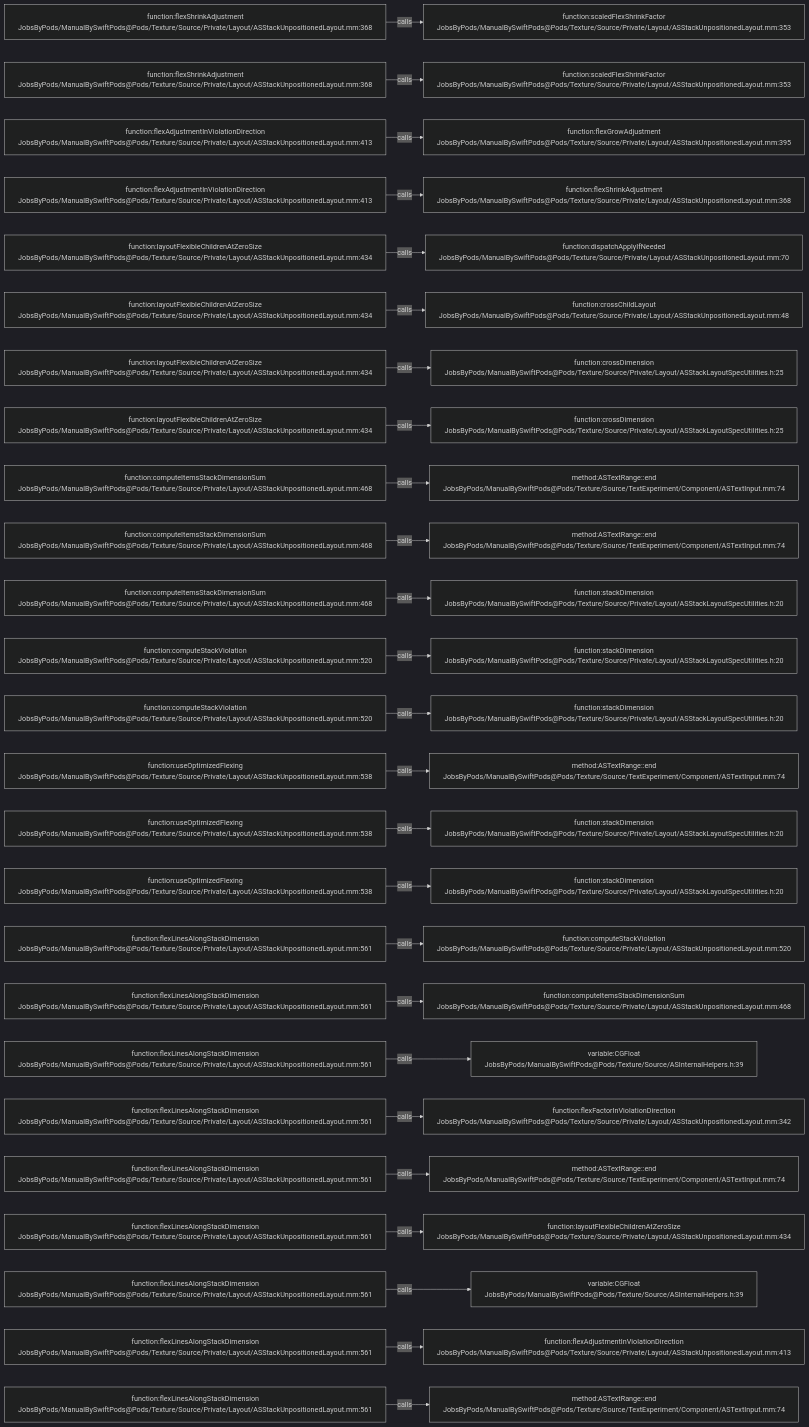
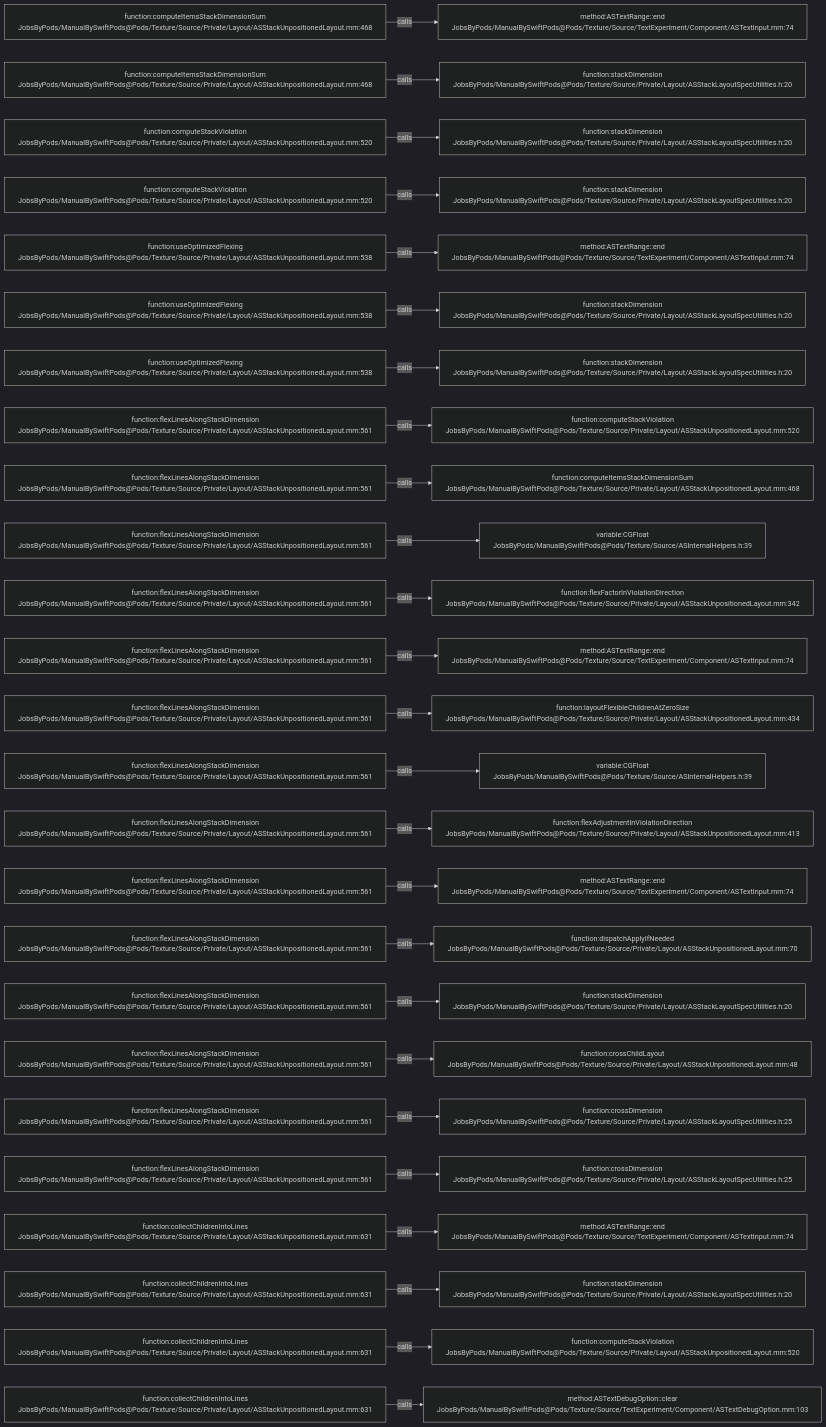
Before and after one commit to JobsKits/JobsSwiftBaseConfigDemo: the diagram in .codegraph/codegraph.md/graphs/calls-126.md, drawn with Mermaid (dark theme). The commit also changed 707 other files, not shown here.

````diff
--- a/.codegraph/codegraph.md/graphs/calls-126.md
+++ b/.codegraph/codegraph.md/graphs/calls-126.md
@@ -13,78 +13,78 @@
 ```mermaid
 flowchart LR
-  S1["function:flexShrinkAdjustment<br/>JobsByPods/ManualBySwiftPods@Pods/Texture/Source/Private/Layout/ASStackUnpositionedLayout.mm:368"]
-  T1["function:scaledFlexShrinkFactor<br/>JobsByPods/ManualBySwiftPods@Pods/Texture/Source/Private/Layout/ASStackUnpositionedLayout.mm:353"]
+  S1["function:computeItemsStackDimensionSum<br/>JobsByPods/ManualBySwiftPods@Pods/Texture/Source/Private/Layout/ASStackUnpositionedLayout.mm:468"]
+  T1["method:ASTextRange::end<br/>JobsByPods/ManualBySwiftPods@Pods/Texture/Source/TextExperiment/Component/ASTextInput.mm:74"]
   S1 -->|calls| T1
-  S2["function:flexShrinkAdjustment<br/>JobsByPods/ManualBySwiftPods@Pods/Texture/Source/Private/Layout/ASStackUnpositionedLayout.mm:368"]
-  T2["function:scaledFlexShrinkFactor<br/>JobsByPods/ManualBySwiftPods@Pods/Texture/Source/Private/Layout/ASStackUnpositionedLayout.mm:353"]
+  S2["function:computeItemsStackDimensionSum<br/>JobsByPods/ManualBySwiftPods@Pods/Texture/Source/Private/Layout/ASStackUnpositionedLayout.mm:468"]
+  T2["function:stackDimension<br/>JobsByPods/ManualBySwiftPods@Pods/Texture/Source/Private/Layout/ASStackLayoutSpecUtilities.h:20"]
   S2 -->|calls| T2
-  S3["function:flexAdjustmentInViolationDirection<br/>JobsByPods/ManualBySwiftPods@Pods/Texture/Source/Private/Layout/ASStackUnpositionedLayout.mm:413"]
-  T3["function:flexGrowAdjustment<br/>JobsByPods/ManualBySwiftPods@Pods/Texture/Source/Private/Layout/ASStackUnpositionedLayout.mm:395"]
+  S3["function:computeStackViolation<br/>JobsByPods/ManualBySwiftPods@Pods/Texture/Source/Private/Layout/ASStackUnpositionedLayout.mm:520"]
+  T3["function:stackDimension<br/>JobsByPods/ManualBySwiftPods@Pods/Texture/Source/Private/Layout/ASStackLayoutSpecUtilities.h:20"]
   S3 -->|calls| T3
-  S4["function:flexAdjustmentInViolationDirection<br/>JobsByPods/ManualBySwiftPods@Pods/Texture/Source/Private/Layout/ASStackUnpositionedLayout.mm:413"]
-  T4["function:flexShrinkAdjustment<br/>JobsByPods/ManualBySwiftPods@Pods/Texture/Source/Private/Layout/ASStackUnpositionedLayout.mm:368"]
+  S4["function:computeStackViolation<br/>JobsByPods/ManualBySwiftPods@Pods/Texture/Source/Private/Layout/ASStackUnpositionedLayout.mm:520"]
+  T4["function:stackDimension<br/>JobsByPods/ManualBySwiftPods@Pods/Texture/Source/Private/Layout/ASStackLayoutSpecUtilities.h:20"]
   S4 -->|calls| T4
-  S5["function:layoutFlexibleChildrenAtZeroSize<br/>JobsByPods/ManualBySwiftPods@Pods/Texture/Source/Private/Layout/ASStackUnpositionedLayout.mm:434"]
-  T5["function:dispatchApplyIfNeeded<br/>JobsByPods/ManualBySwiftPods@Pods/Texture/Source/Private/Layout/ASStackUnpositionedLayout.mm:70"]
+  S5["function:useOptimizedFlexing<br/>JobsByPods/ManualBySwiftPods@Pods/Texture/Source/Private/Layout/ASStackUnpositionedLayout.mm:538"]
+  T5["method:ASTextRange::end<br/>JobsByPods/ManualBySwiftPods@Pods/Texture/Source/TextExperiment/Component/ASTextInput.mm:74"]
   S5 -->|calls| T5
-  S6["function:layoutFlexibleChildrenAtZeroSize<br/>JobsByPods/ManualBySwiftPods@Pods/Texture/Source/Private/Layout/ASStackUnpositionedLayout.mm:434"]
-  T6["function:crossChildLayout<br/>JobsByPods/ManualBySwiftPods@Pods/Texture/Source/Private/Layout/ASStackUnpositionedLayout.mm:48"]
+  S6["function:useOptimizedFlexing<br/>JobsByPods/ManualBySwiftPods@Pods/Texture/Source/Private/Layout/ASStackUnpositionedLayout.mm:538"]
+  T6["function:stackDimension<br/>JobsByPods/ManualBySwiftPods@Pods/Texture/Source/Private/Layout/ASStackLayoutSpecUtilities.h:20"]
   S6 -->|calls| T6
-  S7["function:layoutFlexibleChildrenAtZeroSize<br/>JobsByPods/ManualBySwiftPods@Pods/Texture/Source/Private/Layout/ASStackUnpositionedLayout.mm:434"]
-  T7["function:crossDimension<br/>JobsByPods/ManualBySwiftPods@Pods/Texture/Source/Private/Layout/ASStackLayoutSpecUtilities.h:25"]
+  S7["function:useOptimizedFlexing<br/>JobsByPods/ManualBySwiftPods@Pods/Texture/Source/Private/Layout/ASStackUnpositionedLayout.mm:538"]
+  T7["function:stackDimension<br/>JobsByPods/ManualBySwiftPods@Pods/Texture/Source/Private/Layout/ASStackLayoutSpecUtilities.h:20"]
   S7 -->|calls| T7
-  S8["function:layoutFlexibleChildrenAtZeroSize<br/>JobsByPods/ManualBySwiftPods@Pods/Texture/Source/Private/Layout/ASStackUnpositionedLayout.mm:434"]
-  T8["function:crossDimension<br/>JobsByPods/ManualBySwiftPods@Pods/Texture/Source/Private/Layout/ASStackLayoutSpecUtilities.h:25"]
+  S8["function:flexLinesAlongStackDimension<br/>JobsByPods/ManualBySwiftPods@Pods/Texture/Source/Private/Layout/ASStackUnpositionedLayout.mm:561"]
+  T8["function:computeStackViolation<br/>JobsByPods/ManualBySwiftPods@Pods/Texture/Source/Private/Layout/ASStackUnpositionedLayout.mm:520"]
   S8 -->|calls| T8
-  S9["function:computeItemsStackDimensionSum<br/>JobsByPods/ManualBySwiftPods@Pods/Texture/Source/Private/Layout/ASStackUnpositionedLayout.mm:468"]
-  T9["method:ASTextRange::end<br/>JobsByPods/ManualBySwiftPods@Pods/Texture/Source/TextExperiment/Component/ASTextInput.mm:74"]
+  S9["function:flexLinesAlongStackDimension<br/>JobsByPods/ManualBySwiftPods@Pods/Texture/Source/Private/Layout/ASStackUnpositionedLayout.mm:561"]
+  T9["function:computeItemsStackDimensionSum<br/>JobsByPods/ManualBySwiftPods@Pods/Texture/Source/Private/Layout/ASStackUnpositionedLayout.mm:468"]
   S9 -->|calls| T9
-  S10["function:computeItemsStackDimensionSum<br/>JobsByPods/ManualBySwiftPods@Pods/Texture/Source/Private/Layout/ASStackUnpositionedLayout.mm:468"]
-  T10["method:ASTextRange::end<br/>JobsByPods/ManualBySwiftPods@Pods/Texture/Source/TextExperiment/Component/ASTextInput.mm:74"]
+  S10["function:flexLinesAlongStackDimension<br/>JobsByPods/ManualBySwiftPods@Pods/Texture/Source/Private/Layout/ASStackUnpositionedLayout.mm:561"]
+  T10["variable:CGFloat<br/>JobsByPods/ManualBySwiftPods@Pods/Texture/Source/ASInternalHelpers.h:39"]
   S10 -->|calls| T10
-  S11["function:computeItemsStackDimensionSum<br/>JobsByPods/ManualBySwiftPods@Pods/Texture/Source/Private/Layout/ASStackUnpositionedLayout.mm:468"]
-  T11["function:stackDimension<br/>JobsByPods/ManualBySwiftPods@Pods/Texture/Source/Private/Layout/ASStackLayoutSpecUtilities.h:20"]
+  S11["function:flexLinesAlongStackDimension<br/>JobsByPods/ManualBySwiftPods@Pods/Texture/Source/Private/Layout/ASStackUnpositionedLayout.mm:561"]
+  T11["function:flexFactorInViolationDirection<br/>JobsByPods/ManualBySwiftPods@Pods/Texture/Source/Private/Layout/ASStackUnpositionedLayout.mm:342"]
   S11 -->|calls| T11
-  S12["function:computeStackViolation<br/>JobsByPods/ManualBySwiftPods@Pods/Texture/Source/Private/Layout/ASStackUnpositionedLayout.mm:520"]
-  T12["function:stackDimension<br/>JobsByPods/ManualBySwiftPods@Pods/Texture/Source/Private/Layout/ASStackLayoutSpecUtilities.h:20"]
+  S12["function:flexLinesAlongStackDimension<br/>JobsByPods/ManualBySwiftPods@Pods/Texture/Source/Private/Layout/ASStackUnpositionedLayout.mm:561"]
+  T12["method:ASTextRange::end<br/>JobsByPods/ManualBySwiftPods@Pods/Texture/Source/TextExperiment/Component/ASTextInput.mm:74"]
   S12 -->|calls| T12
-  S13["function:computeStackViolation<br/>JobsByPods/ManualBySwiftPods@Pods/Texture/Source/Private/Layout/ASStackUnpositionedLayout.mm:520"]
-  T13["function:stackDimension<br/>JobsByPods/ManualBySwiftPods@Pods/Texture/Source/Private/Layout/ASStackLayoutSpecUtilities.h:20"]
+  S13["function:flexLinesAlongStackDimension<br/>JobsByPods/ManualBySwiftPods@Pods/Texture/Source/Private/Layout/ASStackUnpositionedLayout.mm:561"]
+  T13["function:layoutFlexibleChildrenAtZeroSize<br/>JobsByPods/ManualBySwiftPods@Pods/Texture/Source/Private/Layout/ASStackUnpositionedLayout.mm:434"]
   S13 -->|calls| T13
-  S14["function:useOptimizedFlexing<br/>JobsByPods/ManualBySwiftPods@Pods/Texture/Source/Private/Layout/ASStackUnpositionedLayout.mm:538"]
-  T14["method:ASTextRange::end<br/>JobsByPods/ManualBySwiftPods@Pods/Texture/Source/TextExperiment/Component/ASTextInput.mm:74"]
+  S14["function:flexLinesAlongStackDimension<br/>JobsByPods/ManualBySwiftPods@Pods/Texture/Source/Private/Layout/ASStackUnpositionedLayout.mm:561"]
+  T14["variable:CGFloat<br/>JobsByPods/ManualBySwiftPods@Pods/Texture/Source/ASInternalHelpers.h:39"]
   S14 -->|calls| T14
-  S15["function:useOptimizedFlexing<br/>JobsByPods/ManualBySwiftPods@Pods/Texture/Source/Private/Layout/ASStackUnpositionedLayout.mm:538"]
-  T15["function:stackDimension<br/>JobsByPods/ManualBySwiftPods@Pods/Texture/Source/Private/Layout/ASStackLayoutSpecUtilities.h:20"]
+  S15["function:flexLinesAlongStackDimension<br/>JobsByPods/ManualBySwiftPods@Pods/Texture/Source/Private/Layout/ASStackUnpositionedLayout.mm:561"]
+  T15["function:flexAdjustmentInViolationDirection<br/>JobsByPods/ManualBySwiftPods@Pods/Texture/Source/Private/Layout/ASStackUnpositionedLayout.mm:413"]
   S15 -->|calls| T15
-  S16["function:useOptimizedFlexing<br/>JobsByPods/ManualBySwiftPods@Pods/Texture/Source/Private/Layout/ASStackUnpositionedLayout.mm:538"]
-  T16["function:stackDimension<br/>JobsByPods/ManualBySwiftPods@Pods/Texture/Source/Private/Layout/ASStackLayoutSpecUtilities.h:20"]
+  S16["function:flexLinesAlongStackDimension<br/>JobsByPods/ManualBySwiftPods@Pods/Texture/Source/Private/Layout/ASStackUnpositionedLayout.mm:561"]
+  T16["method:ASTextRange::end<br/>JobsByPods/ManualBySwiftPods@Pods/Texture/Source/TextExperiment/Component/ASTextInput.mm:74"]
   S16 -->|calls| T16
   S17["function:flexLinesAlongStackDimension<br/>JobsByPods/ManualBySwiftPods@Pods/Texture/Source/Private/Layout/ASStackUnpositionedLayout.mm:561"]
-  T17["function:computeStackViolation<br/>JobsByPods/ManualBySwiftPods@Pods/Texture/Source/Private/Layout/ASStackUnpositionedLayout.mm:520"]
+  T17["function:dispatchApplyIfNeeded<br/>JobsByPods/ManualBySwiftPods@Pods/Texture/Source/Private/Layout/ASStackUnpositionedLayout.mm:70"]
   S17 -->|calls| T17
   S18["function:flexLinesAlongStackDimension<br/>JobsByPods/ManualBySwiftPods@Pods/Texture/Source/Private/Layout/ASStackUnpositionedLayout.mm:561"]
-  T18["function:computeItemsStackDimensionSum<br/>JobsByPods/ManualBySwiftPods@Pods/Texture/Source/Private/Layout/ASStackUnpositionedLayout.mm:468"]
+  T18["function:stackDimension<br/>JobsByPods/ManualBySwiftPods@Pods/Texture/Source/Private/Layout/ASStackLayoutSpecUtilities.h:20"]
   S18 -->|calls| T18
   S19["function:flexLinesAlongStackDimension<br/>JobsByPods/ManualBySwiftPods@Pods/Texture/Source/Private/Layout/ASStackUnpositionedLayout.mm:561"]
-  T19["variable:CGFloat<br/>JobsByPods/ManualBySwiftPods@Pods/Texture/Source/ASInternalHelpers.h:39"]
+  T19["function:crossChildLayout<br/>JobsByPods/ManualBySwiftPods@Pods/Texture/Source/Private/Layout/ASStackUnpositionedLayout.mm:48"]
   S19 -->|calls| T19
   S20["function:flexLinesAlongStackDimension<br/>JobsByPods/ManualBySwiftPods@Pods/Texture/Source/Private/Layout/ASStackUnpositionedLayout.mm:561"]
-  T20["function:flexFactorInViolationDirection<br/>JobsByPods/ManualBySwiftPods@Pods/Texture/Source/Private/Layout/ASStackUnpositionedLayout.mm:342"]
+  T20["function:crossDimension<br/>JobsByPods/ManualBySwiftPods@Pods/Texture/Source/Private/Layout/ASStackLayoutSpecUtilities.h:25"]
   S20 -->|calls| T20
   S21["function:flexLinesAlongStackDimension<br/>JobsByPods/ManualBySwiftPods@Pods/Texture/Source/Private/Layout/ASStackUnpositionedLayout.mm:561"]
-  T21["method:ASTextRange::end<br/>JobsByPods/ManualBySwiftPods@Pods/Texture/Source/TextExperiment/Component/ASTextInput.mm:74"]
+  T21["function:crossDimension<br/>JobsByPods/ManualBySwiftPods@Pods/Texture/Source/Private/Layout/ASStackLayoutSpecUtilities.h:25"]
   S21 -->|calls| T21
-  S22["function:flexLinesAlongStackDimension<br/>JobsByPods/ManualBySwiftPods@Pods/Texture/Source/Private/Layout/ASStackUnpositionedLayout.mm:561"]
-  T22["function:layoutFlexibleChildrenAtZeroSize<br/>JobsByPods/ManualBySwiftPods@Pods/Texture/Source/Private/Layout/ASStackUnpositionedLayout.mm:434"]
+  S22["function:collectChildrenIntoLines<br/>JobsByPods/ManualBySwiftPods@Pods/Texture/Source/Private/Layout/ASStackUnpositionedLayout.mm:631"]
+  T22["method:ASTextRange::end<br/>JobsByPods/ManualBySwiftPods@Pods/Texture/Source/TextExperiment/Component/ASTextInput.mm:74"]
   S22 -->|calls| T22
-  S23["function:flexLinesAlongStackDimension<br/>JobsByPods/ManualBySwiftPods@Pods/Texture/Source/Private/Layout/ASStackUnpositionedLayout.mm:561"]
-  T23["variable:CGFloat<br/>JobsByPods/ManualBySwiftPods@Pods/Texture/Source/ASInternalHelpers.h:39"]
+  S23["function:collectChildrenIntoLines<br/>JobsByPods/ManualBySwiftPods@Pods/Texture/Source/Private/Layout/ASStackUnpositionedLayout.mm:631"]
+  T23["function:stackDimension<br/>JobsByPods/ManualBySwiftPods@Pods/Texture/Source/Private/Layout/ASStackLayoutSpecUtilities.h:20"]
   S23 -->|calls| T23
-  S24["function:flexLinesAlongStackDimension<br/>JobsByPods/ManualBySwiftPods@Pods/Texture/Source/Private/Layout/ASStackUnpositionedLayout.mm:561"]
-  T24["function:flexAdjustmentInViolationDirection<br/>JobsByPods/ManualBySwiftPods@Pods/Texture/Source/Private/Layout/ASStackUnpositionedLayout.mm:413"]
+  S24["function:collectChildrenIntoLines<br/>JobsByPods/ManualBySwiftPods@Pods/Texture/Source/Private/Layout/ASStackUnpositionedLayout.mm:631"]
+  T24["function:computeStackViolation<br/>JobsByPods/ManualBySwiftPods@Pods/Texture/Source/Private/Layout/ASStackUnpositionedLayout.mm:520"]
   S24 -->|calls| T24
-  S25["function:flexLinesAlongStackDimension<br/>JobsByPods/ManualBySwiftPods@Pods/Texture/Source/Private/Layout/ASStackUnpositionedLayout.mm:561"]
-  T25["method:ASTextRange::end<br/>JobsByPods/ManualBySwiftPods@Pods/Texture/Source/TextExperiment/Component/ASTextInput.mm:74"]
+  S25["function:collectChildrenIntoLines<br/>JobsByPods/ManualBySwiftPods@Pods/Texture/Source/Private/Layout/ASStackUnpositionedLayout.mm:631"]
+  T25["method:ASTextDebugOption::clear<br/>JobsByPods/ManualBySwiftPods@Pods/Texture/Source/TextExperiment/Component/ASTextDebugOption.mm:103"]
   S25 -->|calls| T25
 ```
````
